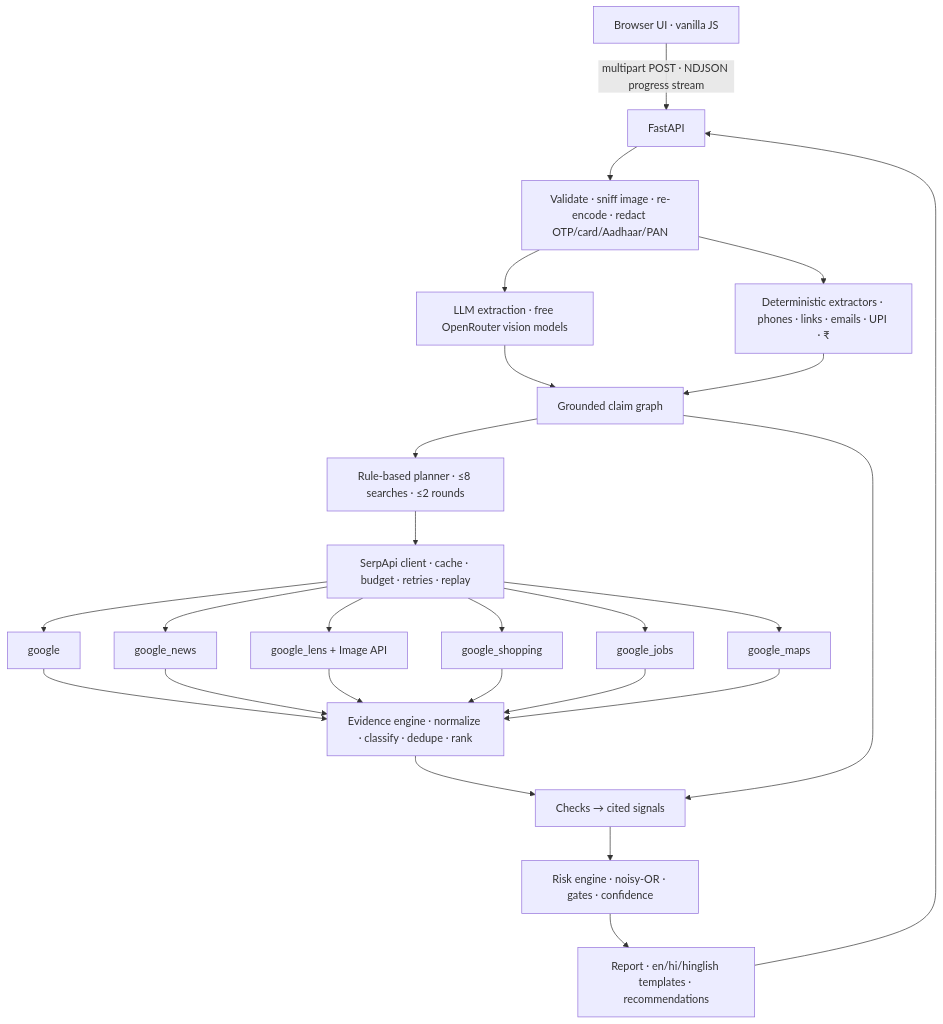
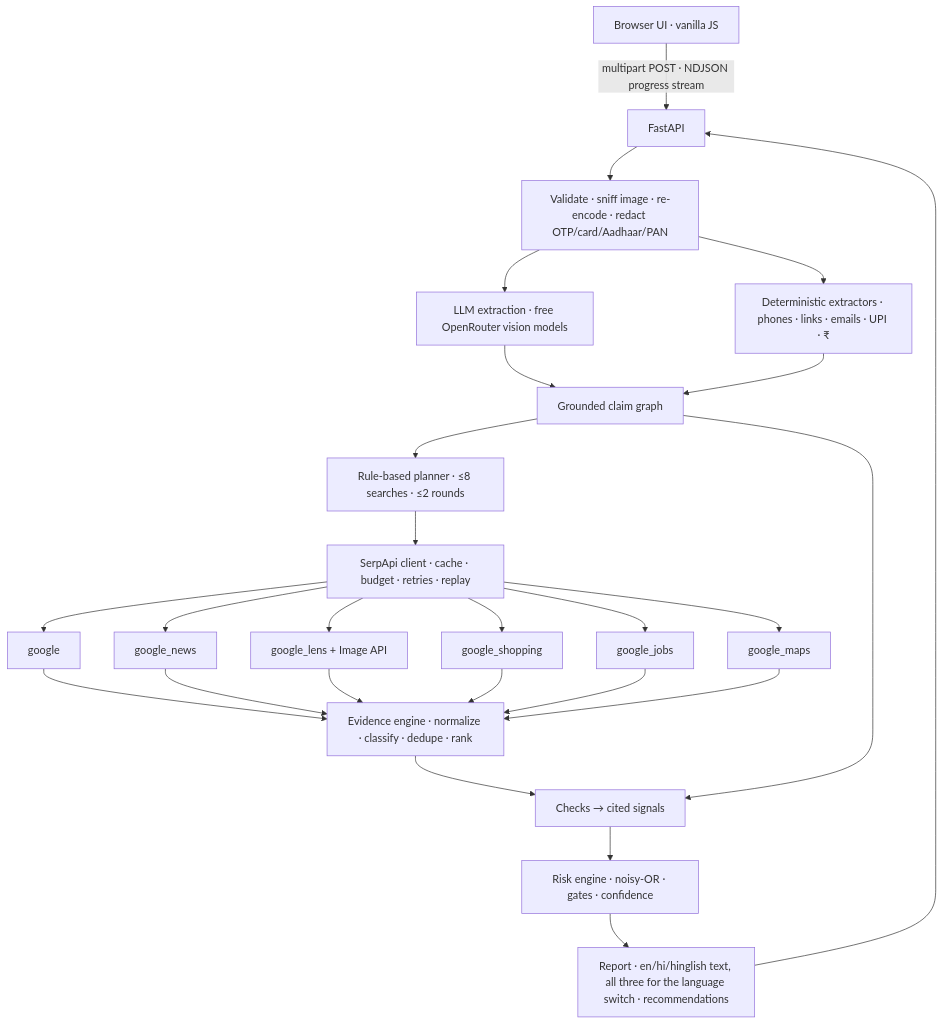
One commit to gautamhardik/scamurai changed the diagram in README.md. Above: the diagram before and after it, drawn with Mermaid. The commit also changed other lines of this file and 6 other files, not shown here.

First line of the commit message:
Report language switch: English and Hindi (and Hinglish for Hinglish messages)

````diff
--- a/README.md
+++ b/README.md
@@ -221,18 +221,18 @@
 ```mermaid
 flowchart TD
   UI[Browser UI · vanilla JS] -->|multipart POST · NDJSON progress stream| API[FastAPI]
   API --> IN[Validate · sniff image · re-encode · redact OTP/card/Aadhaar/PAN]
   IN --> LLM[LLM extraction · free OpenRouter vision models]
   IN --> RX[Deterministic extractors · phones · links · emails · UPI · ₹]
   LLM --> CG[Grounded claim graph]
   RX --> CG
   CG --> PL[Rule-based planner · ≤8 searches · ≤2 rounds]
   PL --> SC[SerpApi client · cache · budget · retries · replay]
   SC --> G[google] & N[google_news] & L[google_lens + Image API] & S[google_shopping] & J[google_jobs] & M[google_maps]
   G & N & L & S & J & M --> EV[Evidence engine · normalize · classify · dedupe · rank]
   EV --> CK[Checks → cited signals]
   CG --> CK
   CK --> RE[Risk engine · noisy-OR · gates · confidence]
-  RE --> RP[Report · en/hi/hinglish templates · recommendations]
+  RE --> RP[Report · en/hi/hinglish text, all three for the language switch · recommendations]
   RP --> API
 ```
````
